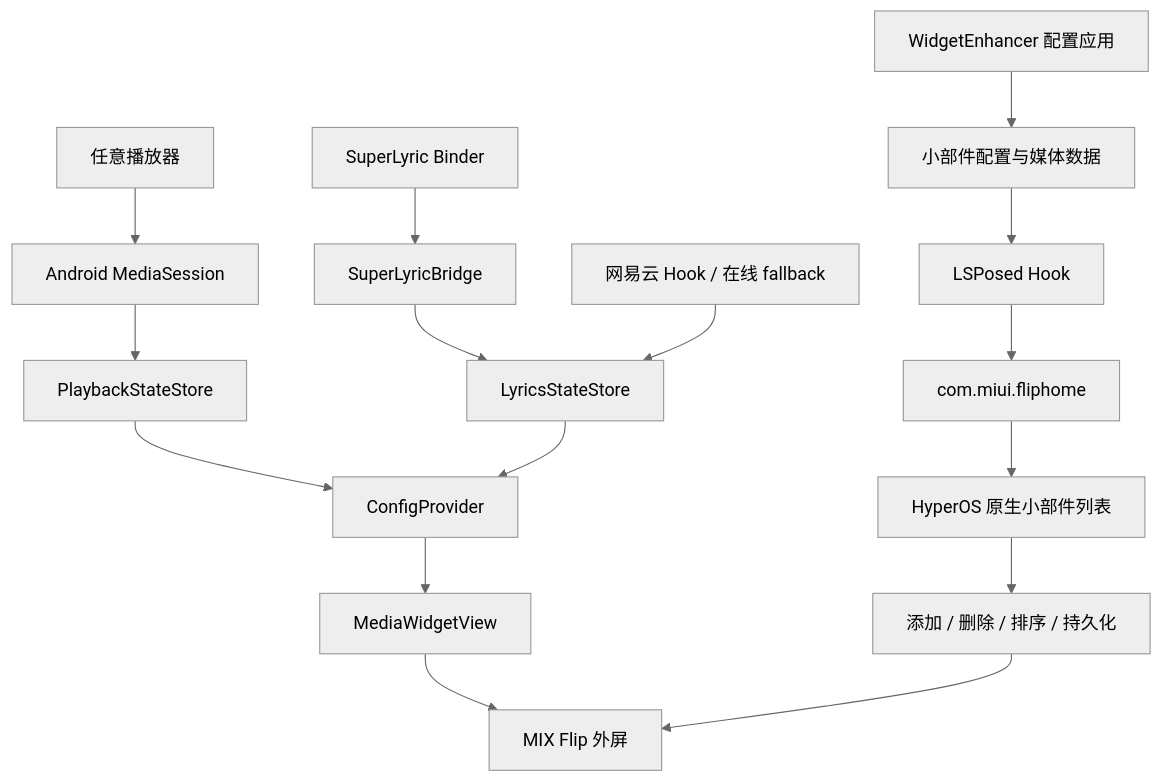
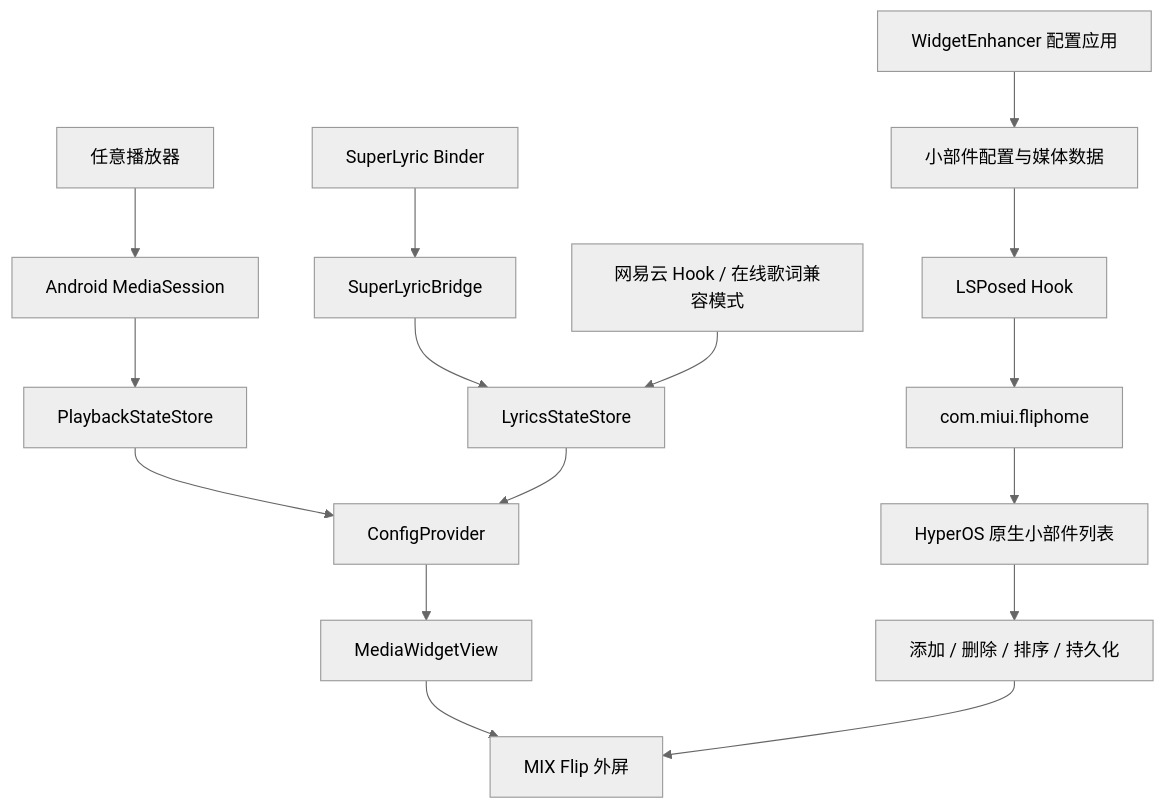
The diagram in README.md (luckylca/WidgetEnhancer), drawn with Mermaid (neutral theme) before and after one commit. The commit also changed other lines of this file and 2 other files, not shown here.

````diff
--- a/README.md
+++ b/README.md
@@ -123,18 +128,18 @@
 ```mermaid
 flowchart TD
     A[任意播放器] --> B[Android MediaSession]
     B --> C[PlaybackStateStore]
     D[SuperLyric Binder] --> E[SuperLyricBridge]
     E --> F[LyricsStateStore]
-    G[网易云 Hook / 在线 fallback] --> F
+    G[网易云 Hook / 在线歌词兼容模式] --> F
     C --> H[ConfigProvider]
     F --> H
     H --> I[MediaWidgetView]
     I --> J[MIX Flip 外屏]
     K[WidgetEnhancer 配置应用] --> L[小部件配置与媒体数据]
     L --> M[LSPosed Hook]
     M --> N[com.miui.fliphome]
     N --> O[HyperOS 原生小部件列表]
     O --> P[添加 / 删除 / 排序 / 持久化]
     P --> J
 ```
````
